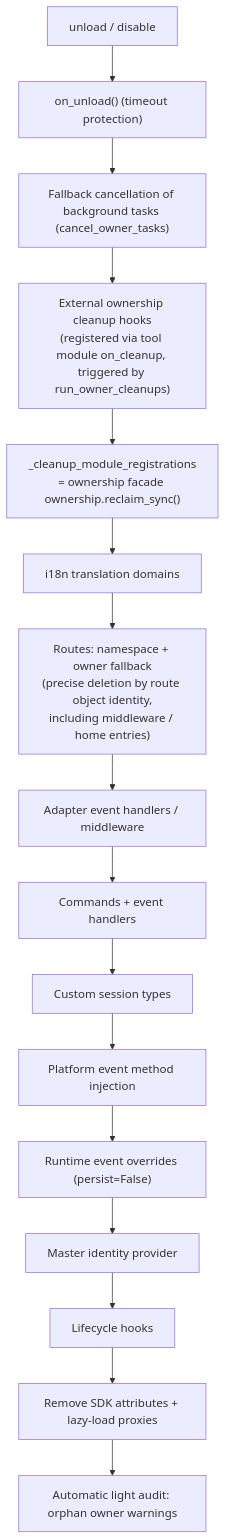
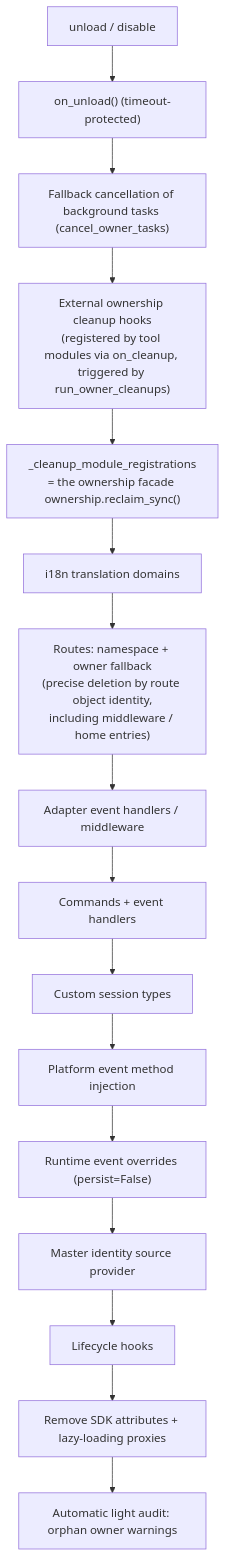
Before and after one commit to ErisPulse/ErisPulse: the diagram in docs/en/advanced/ownership.md, drawn with Mermaid. The commit also changed other lines of this file and 331 other files, not shown here.

````diff
--- a/docs/en/advanced/ownership.md
+++ b/docs/en/advanced/ownership.md
@@ -87,18 +87,18 @@
 ```mermaid
 flowchart TD
-    A["unload / disable"] --> B["on_unload() (timeout protection)"]
+    A["unload / disable"] --> B["on_unload() (timeout-protected)"]
     B --> C["Fallback cancellation of background tasks (cancel_owner_tasks)"]
-    C --> C1["External ownership cleanup hooks<br/>(registered via tool module on_cleanup, triggered by run_owner_cleanups)"]
-    C1 --> D["_cleanup_module_registrations<br/>= ownership facade ownership.reclaim_sync()"]
+    C --> C1["External ownership cleanup hooks<br/>(registered by tool modules via on_cleanup, triggered by run_owner_cleanups)"]
+    C1 --> D["_cleanup_module_registrations<br/>= the ownership facade ownership.reclaim_sync()"]
     D --> D1["i18n translation domains"]
     D1 --> D2["Routes: namespace + owner fallback<br/>(precise deletion by route object identity,<br/>including middleware / home entries)"]
     D2 --> D3["Adapter event handlers / middleware"]
     D3 --> D4["Commands + event handlers"]
     D4 --> D5["Custom session types"]
     D5 --> D5b["Platform event method injection"]
     D5b --> D6["Runtime event overrides (persist=False)"]
-    D6 --> D7["Master identity provider"]
+    D6 --> D7["Master identity source provider"]
     D7 --> D8["Lifecycle hooks"]
-    D8 --> E["Remove SDK attributes + lazy-load proxies"]
+    D8 --> E["Remove SDK attributes + lazy-loading proxies"]
     E --> F["Automatic light audit: orphan owner warnings"]
 ```
````
